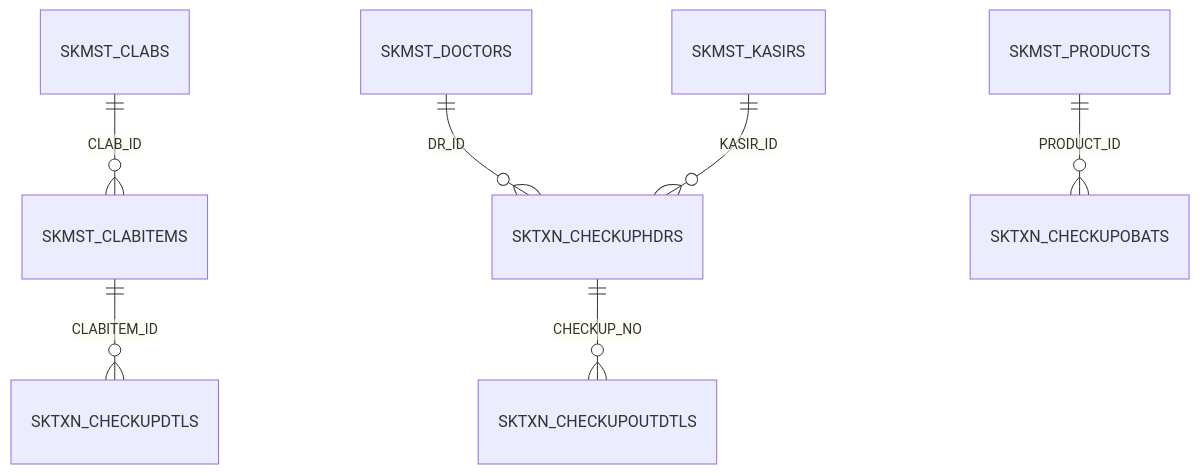
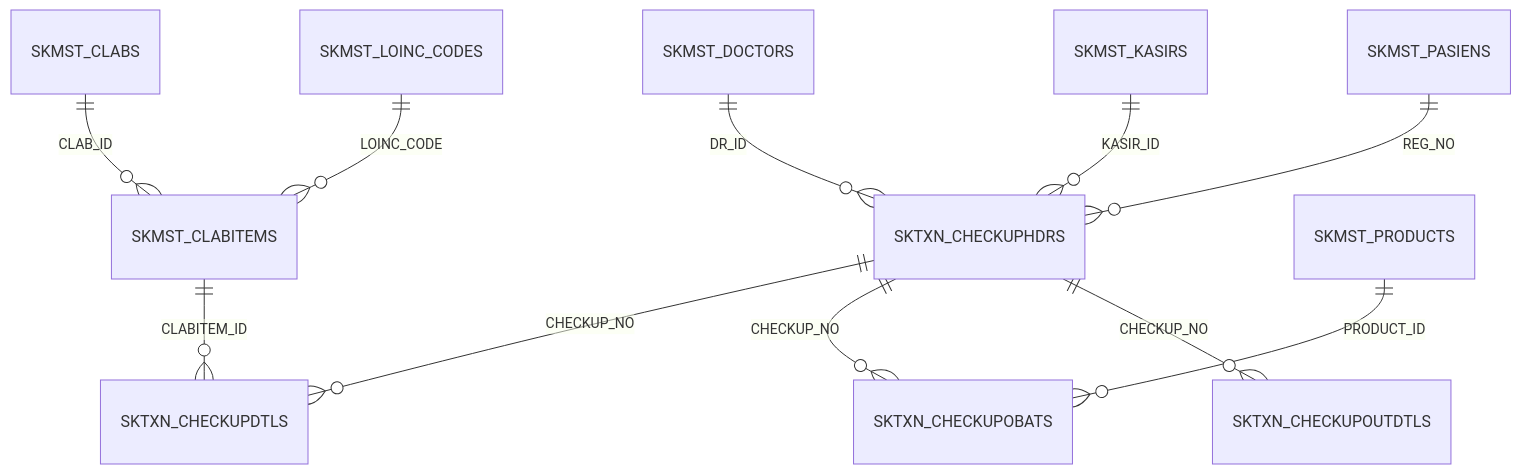
One commit to aturapi-data-tech/siklik-php82 changed the second of 11 diagrams in docs/struktur-tabel.md. Above: the diagram before and after it, drawn with Mermaid. The commit also changed other lines of this file and 10 other files, not shown here.

````diff
--- a/docs/struktur-tabel.md
+++ b/docs/struktur-tabel.md
@@ -304,9 +316,13 @@
 ```mermaid
 erDiagram
     SKMST_CLABS ||--o{ SKMST_CLABITEMS : "CLAB_ID"
+    SKMST_LOINC_CODES ||--o{ SKMST_CLABITEMS : "LOINC_CODE"
+    SKTXN_CHECKUPHDRS ||--o{ SKTXN_CHECKUPDTLS : "CHECKUP_NO"
     SKMST_CLABITEMS ||--o{ SKTXN_CHECKUPDTLS : "CLABITEM_ID"
     SKMST_DOCTORS ||--o{ SKTXN_CHECKUPHDRS : "DR_ID"
     SKMST_KASIRS ||--o{ SKTXN_CHECKUPHDRS : "KASIR_ID"
+    SKMST_PASIENS ||--o{ SKTXN_CHECKUPHDRS : "REG_NO"
+    SKTXN_CHECKUPHDRS ||--o{ SKTXN_CHECKUPOBATS : "CHECKUP_NO"
     SKMST_PRODUCTS ||--o{ SKTXN_CHECKUPOBATS : "PRODUCT_ID"
     SKTXN_CHECKUPHDRS ||--o{ SKTXN_CHECKUPOUTDTLS : "CHECKUP_NO"
 ```
````
